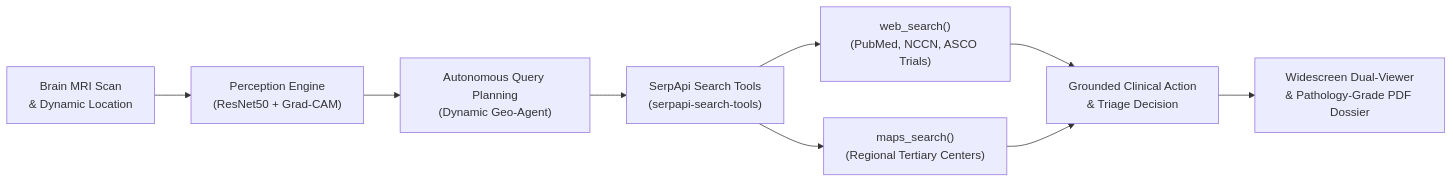
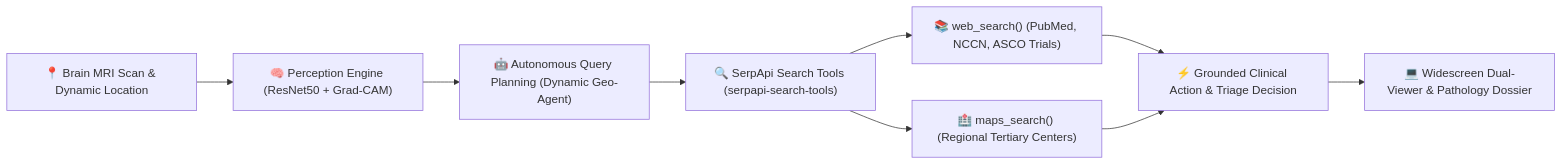
One commit to moonylit/brain-tumour-agent changed the diagram in README.md. Above: the diagram before and after it, drawn with Mermaid. The commit also changed other lines of this file, not shown here.

Commit message:
docs(readme): upgrade to enterprise visual format with hero section, badges, data pipeline, and b2b clinical proposition

````diff
--- a/README.md
+++ b/README.md
@@ -13,11 +37,11 @@
 ```mermaid
 flowchart LR
-    A["Brain MRI Scan\n& Dynamic Location"] --> B["Perception Engine\n(ResNet50 + Grad-CAM)"]
-    B --> C["Autonomous Query Planning\n(Dynamic Geo-Agent)"]
-    C --> D["SerpApi Search Tools\n(serpapi-search-tools)"]
-    D --> E["web_search()\n(PubMed, NCCN, ASCO Trials)"]
-    D --> F["maps_search()\n(Regional Tertiary Centers)"]
-    E --> G["Grounded Clinical Action\n& Triage Decision"]
+    A["📍 Brain MRI Scan & Dynamic Location"] --> B["🧠 Perception Engine (ResNet50 + Grad-CAM)"]
+    B --> C["🤖 Autonomous Query Planning (Dynamic Geo-Agent)"]
+    C --> D["🔍 SerpApi Search Tools (serpapi-search-tools)"]
+    D --> E["📚 web_search() (PubMed, NCCN, ASCO Trials)"]
+    D --> F["🏥 maps_search() (Regional Tertiary Centers)"]
+    E --> G["⚡ Grounded Clinical Action & Triage Decision"]
     F --> G
-    G --> H["Widescreen Dual-Viewer\n& Pathology-Grade PDF Dossier"]
+    G --> H["💻 Widescreen Dual-Viewer & Pathology Dossier"]
 ```
````
